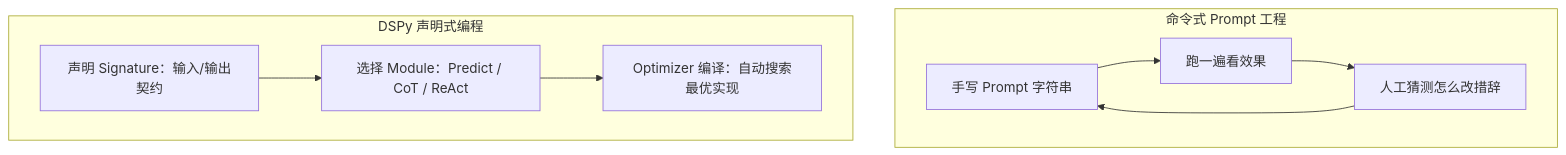
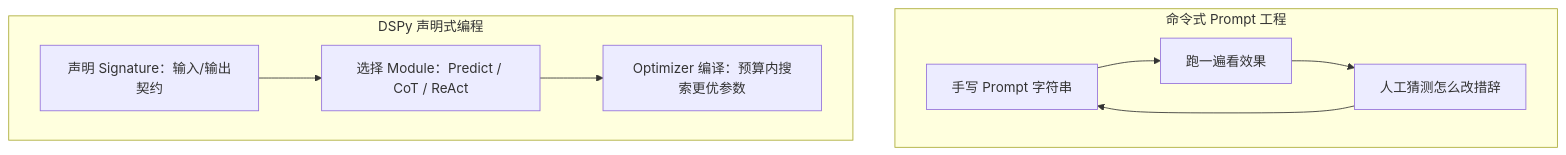
The diagram in docs/frameworks/03-dspy/16-declarative-programming-model.md (oneleaveknowsthefall/awesome-ai-roadmap), drawn with Mermaid before and after one commit. The commit also changed other lines of this file and 61 other files, not shown here.

````diff
--- a/docs/frameworks/03-dspy/16-declarative-programming-model.md
+++ b/docs/frameworks/03-dspy/16-declarative-programming-model.md
@@ -9,10 +13,10 @@
 ```mermaid
 flowchart TB
     subgraph Old["命令式 Prompt 工程"]
         O1["手写 Prompt 字符串"] --> O2["跑一遍看效果"] --> O3["人工猜测怎么改措辞"] --> O1
     end
     subgraph New["DSPy 声明式编程"]
         N1["声明 Signature：输入/输出契约"] --> N2["选择 Module：Predict / CoT / ReAct"]
-        N2 --> N3["Optimizer 编译：自动搜索最优实现"]
+        N2 --> N3["Optimizer 编译：预算内搜索更优参数"]
     end
 ```
````
